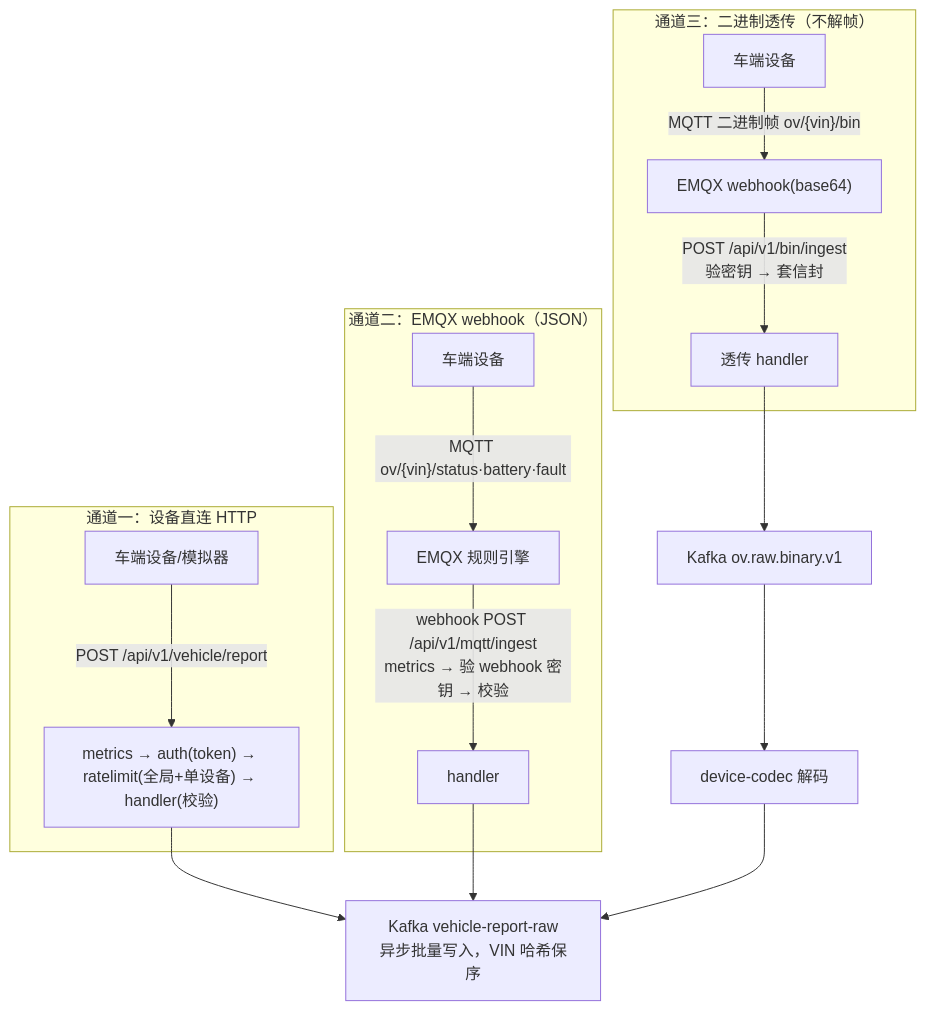
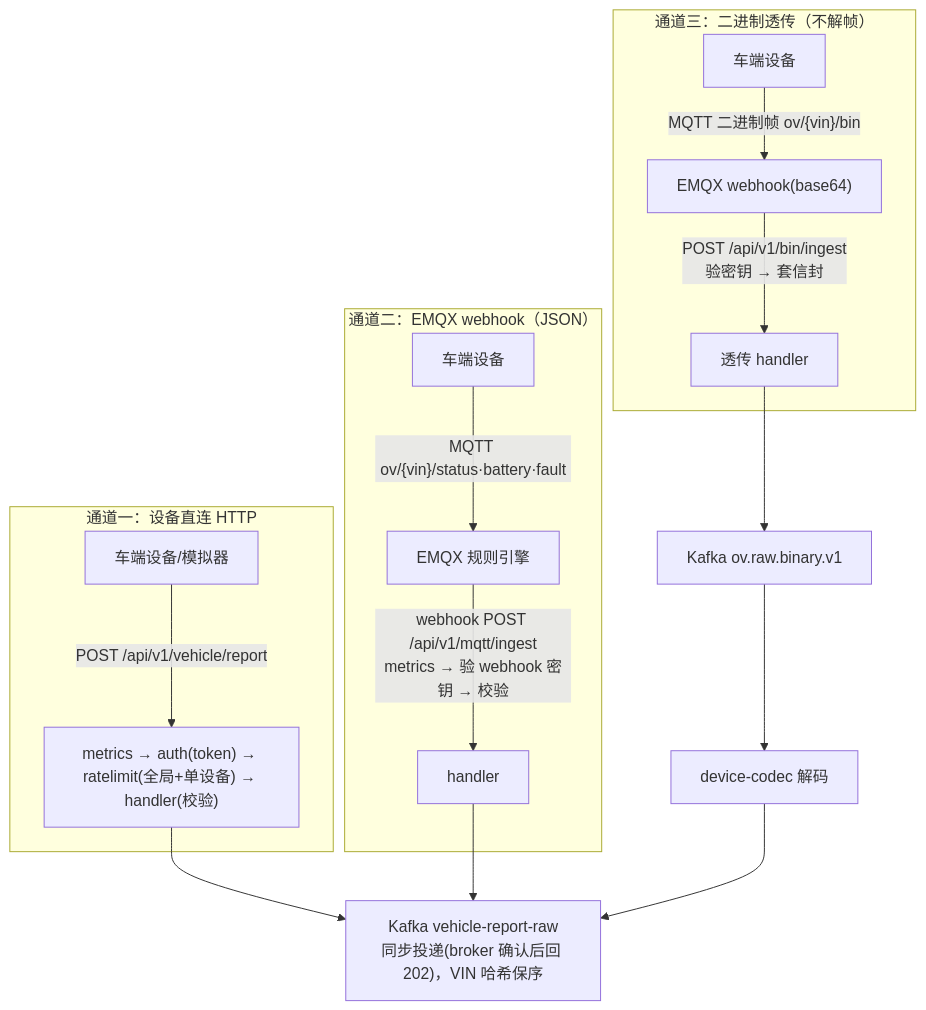
Before and after one commit to Mosslau/Mosaic: the first of 2 diagrams in ingest/device-gateway/README.md, drawn with Mermaid. The commit also changed other lines of this file and 10 other files, not shown here.

````diff
--- a/ingest/device-gateway/README.md
+++ b/ingest/device-gateway/README.md
@@ -12,18 +12,18 @@
 ```mermaid
 flowchart TB
   subgraph C1["通道一：设备直连 HTTP"]
     A1["车端设备/模拟器"] -->|"POST /api/v1/vehicle/report"| B1["metrics → auth(token) → ratelimit(全局+单设备) → handler(校验)"]
   end
   subgraph C2["通道二：EMQX webhook（JSON）"]
     A2["车端设备"] -->|"MQTT ov/{vin}/status·battery·fault"| B2["EMQX 规则引擎"] -->|"webhook POST /api/v1/mqtt/ingest<br/>metrics → 验 webhook 密钥 → 校验"| B2b["handler"]
   end
   subgraph C3["通道三：二进制透传（不解帧）"]
     A3["车端设备"] -->|"MQTT 二进制帧 ov/{vin}/bin"| B3["EMQX webhook(base64)"] -->|"POST /api/v1/bin/ingest<br/>验密钥 → 套信封"| B3b["透传 handler"]
   end
-  K1["Kafka vehicle-report-raw<br/>异步批量写入，VIN 哈希保序"]
+  K1["Kafka vehicle-report-raw<br/>同步投递(broker 确认后回 202)，VIN 哈希保序"]
   K2["Kafka ov.raw.binary.v1"]
   DC["device-codec 解码"]
   B1 --> K1
   B2b --> K1
   B3b --> K2 --> DC --> K1
 ```
````
